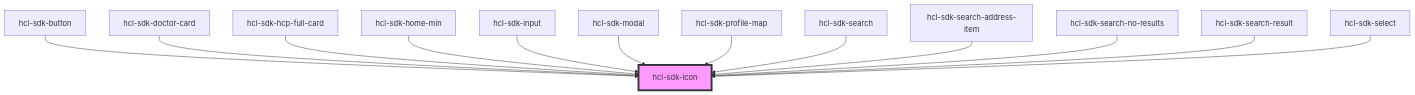
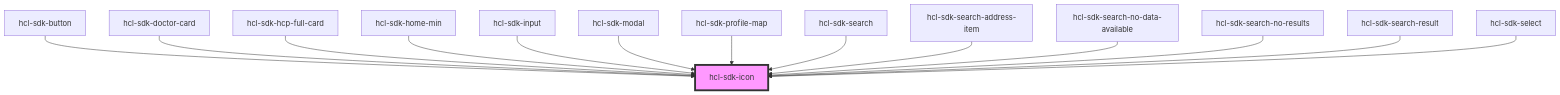
One commit to hcl-sdk/HealthCareLocatorWebSDK changed the diagram in packages/hcl-sdk-web-ui/docs/components/ui-kits/hcl-sdk-icon/readme.md. Above: the diagram before and after it, drawn with Mermaid. The commit also changed other lines of this file and 21 other files, not shown here.

Commit message:
fix(all): handle search readonly when autocomplete selected, relaunch geolocation, no data available screen

````diff
--- a/packages/hcl-sdk-web-ui/docs/components/ui-kits/hcl-sdk-icon/readme.md
+++ b/packages/hcl-sdk-web-ui/docs/components/ui-kits/hcl-sdk-icon/readme.md
@@ -37,16 +38,17 @@
 ```mermaid
 graph TD;
   hcl-sdk-button --> hcl-sdk-icon
   hcl-sdk-doctor-card --> hcl-sdk-icon
   hcl-sdk-hcp-full-card --> hcl-sdk-icon
   hcl-sdk-home-min --> hcl-sdk-icon
   hcl-sdk-input --> hcl-sdk-icon
   hcl-sdk-modal --> hcl-sdk-icon
   hcl-sdk-profile-map --> hcl-sdk-icon
   hcl-sdk-search --> hcl-sdk-icon
   hcl-sdk-search-address-item --> hcl-sdk-icon
+  hcl-sdk-search-no-data-available --> hcl-sdk-icon
   hcl-sdk-search-no-results --> hcl-sdk-icon
   hcl-sdk-search-result --> hcl-sdk-icon
   hcl-sdk-select --> hcl-sdk-icon
   style hcl-sdk-icon fill:#f9f,stroke:#333,stroke-width:4px
 ```
````
